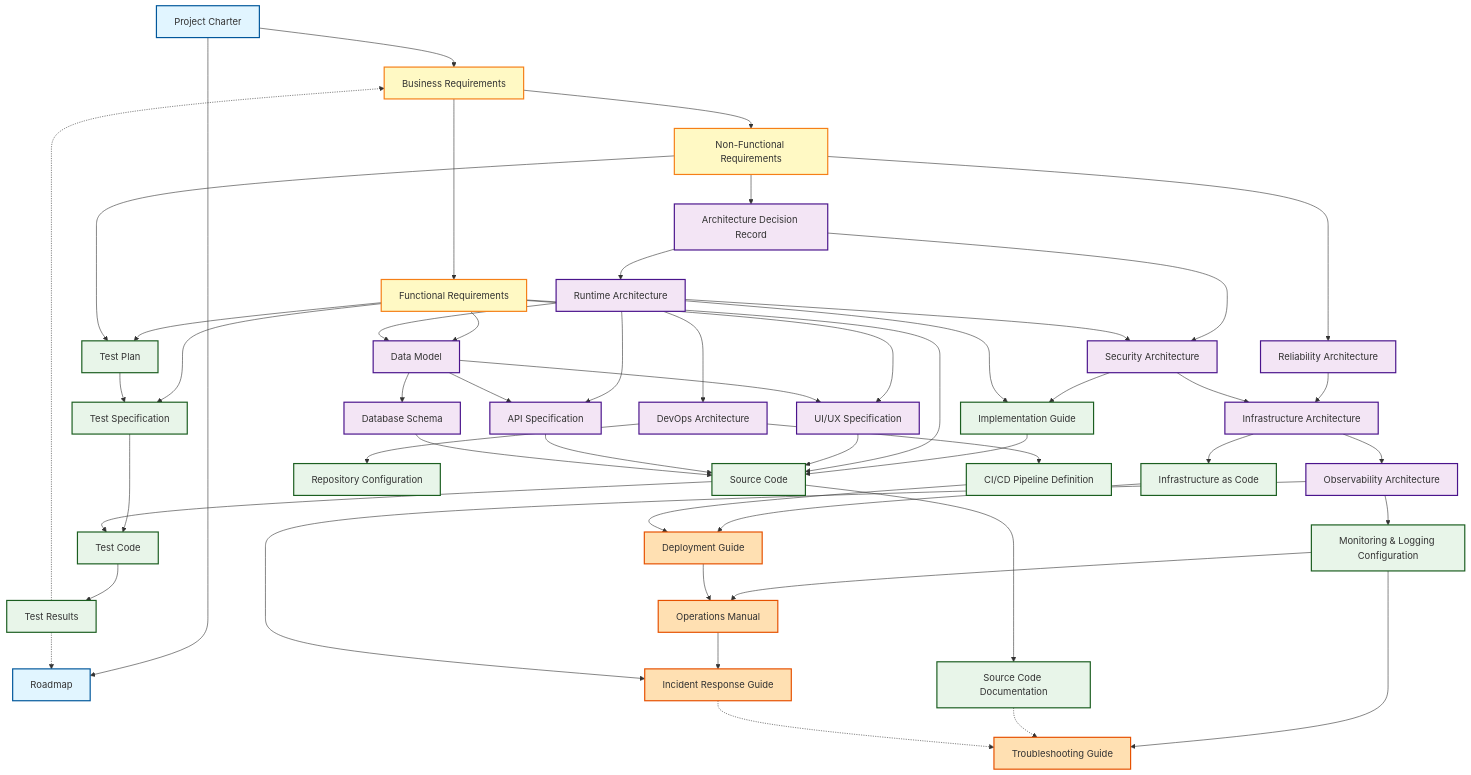
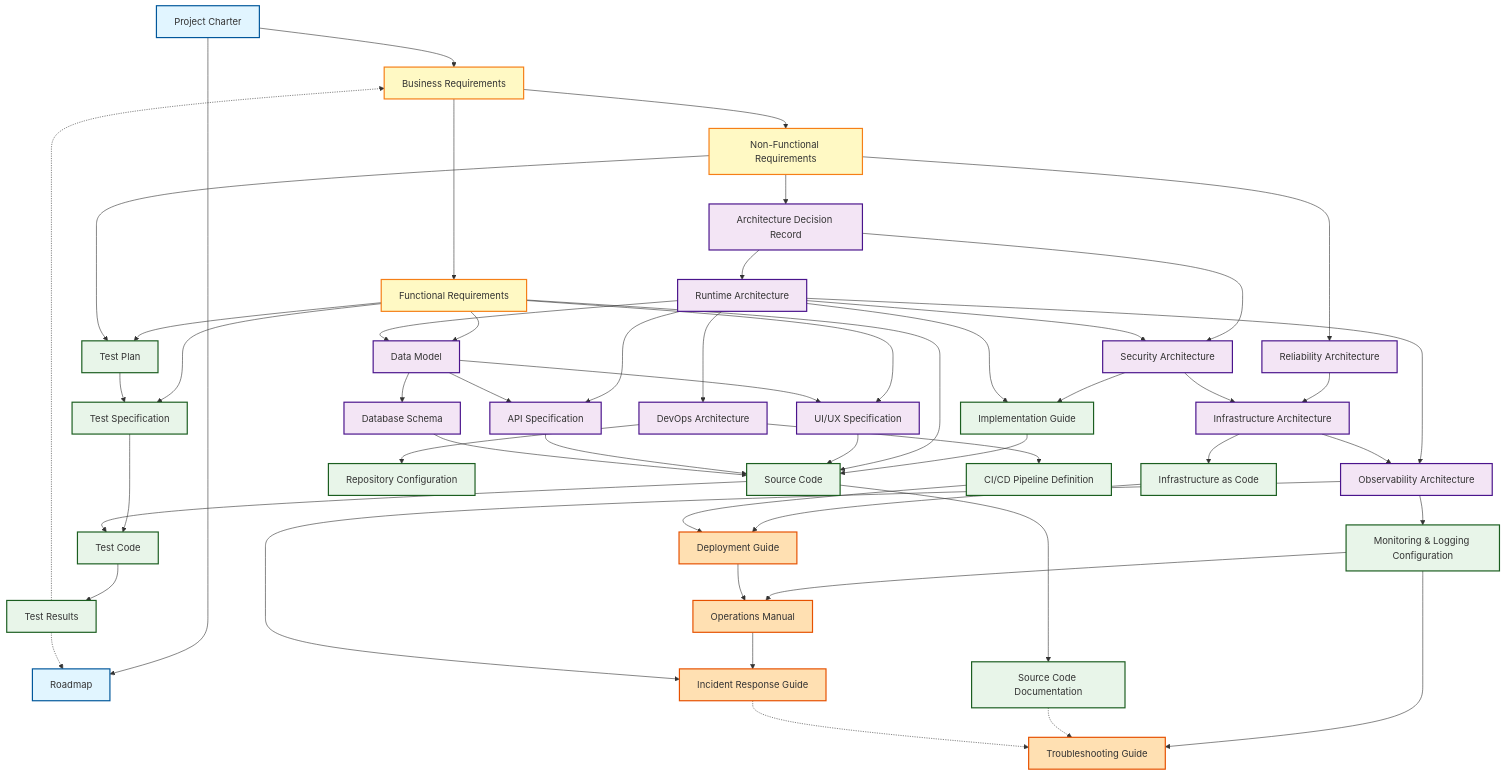
Before and after one commit to mahitotsu/ukiyoue: the second of 2 diagrams in specs/artifact-taxonomy.md, drawn with Mermaid. The commit also changed other lines of this file, not shown here.

First line of the commit message:
docs: Add Runtime Architecture as input to Observability Architecture

```diff
--- a/specs/artifact-taxonomy.md
+++ b/specs/artifact-taxonomy.md
@@ -402,6 +403,7 @@
     RuntimeArch --> API
     RuntimeArch --> SecArch
     RuntimeArch --> DevOpsArch
+    RuntimeArch --> ObservabilityArch
 
     %% Reliability → Infrastructure → Observability Chain (ADR-005)
     ReliabilityArch --> InfraArch
```
